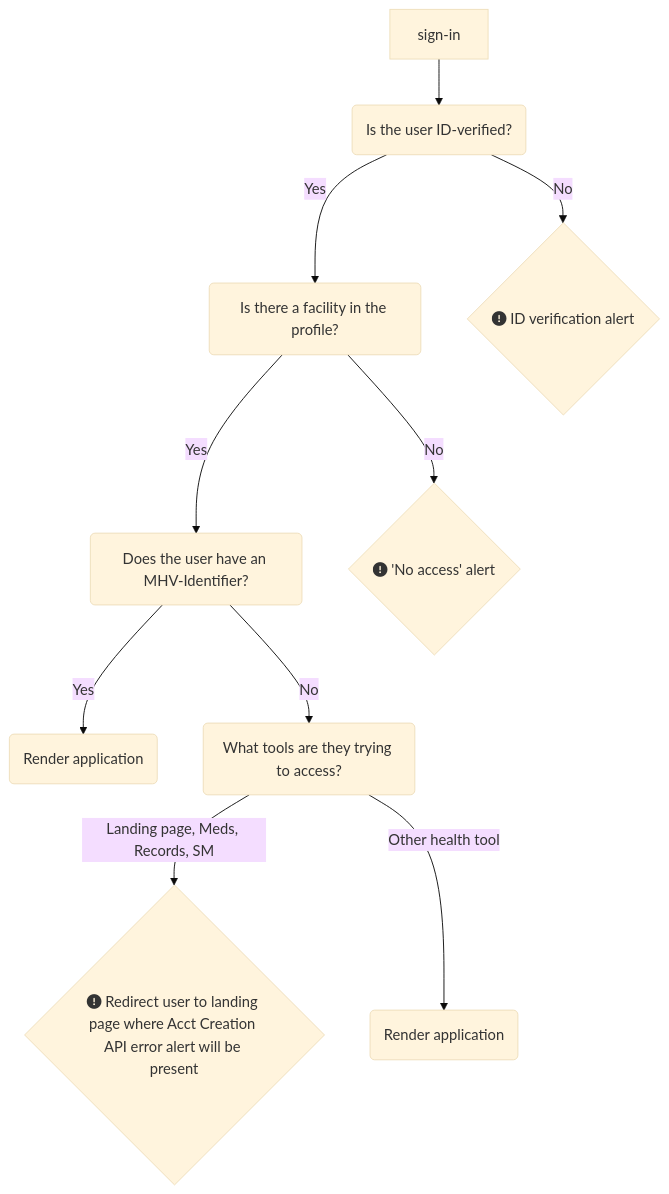
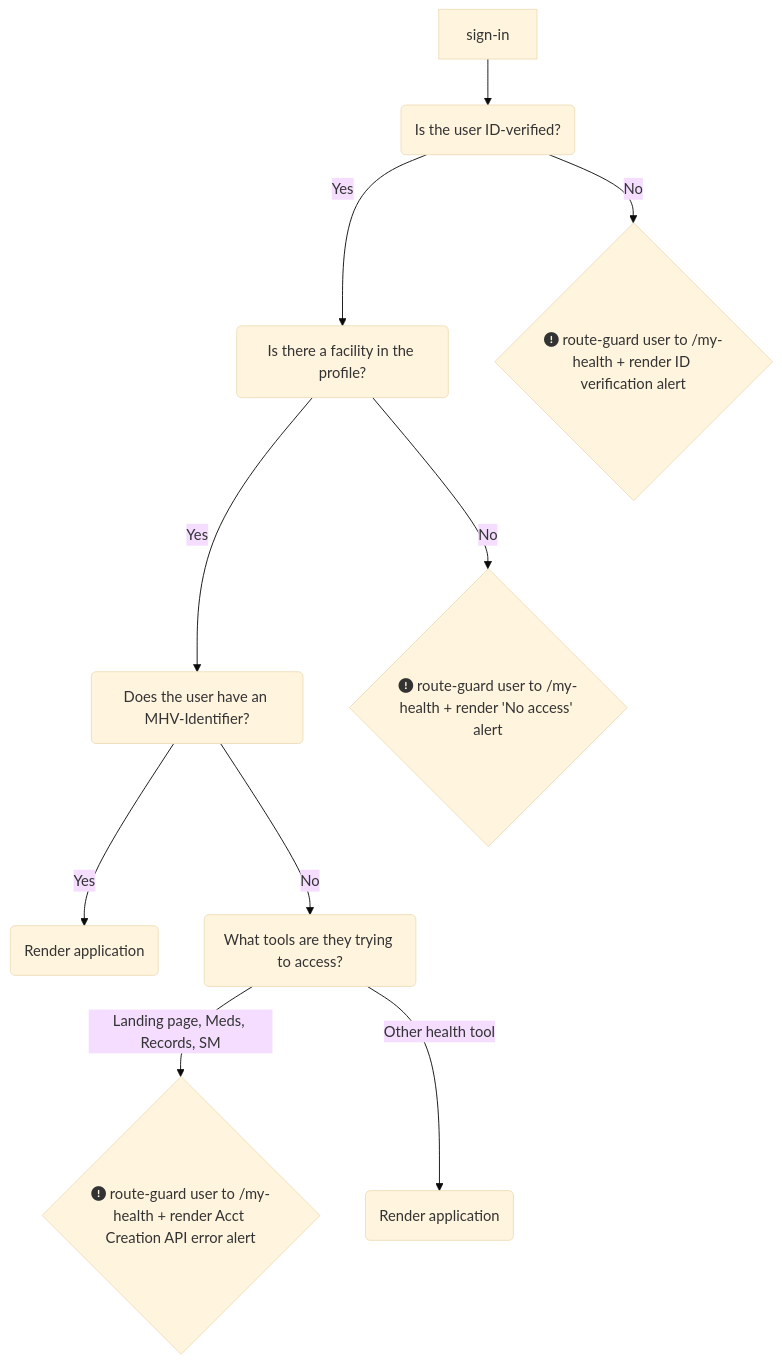
Before and after one commit to department-of-veterans-affairs/va.gov-team: the diagram in products/health-care/digital-health-modernization/mhv-to-va.gov/governance/alert-standardization.md, drawn with Mermaid (base theme). The commit also changed other lines of this file, not shown here.

````diff
--- a/products/health-care/digital-health-modernization/mhv-to-va.gov/governance/alert-standardization.md
+++ b/products/health-care/digital-health-modernization/mhv-to-va.gov/governance/alert-standardization.md
@@ -12,12 +12,12 @@
 ```mermaid
 flowchart TD
     A[sign-in] --> B(Is the user ID-verified?)
     B --> |Yes| C(Is there a facility in the profile?)
-    B --> |No| E{fa:fa-circle-exclamation ID verification alert}
+    B --> |No| E{fa:fa-circle-exclamation route-guard user to /my-health + render ID verification alert}
     C -->|Yes| D(Does the user have an MHV-Identifier?)
-    C -->|No| F{fa:fa-circle-exclamation 'No access' alert}
+    C -->|No| F{fa:fa-circle-exclamation route-guard user to /my-health + render 'No access' alert}
     D --> |Yes| G(Render application)
     D --> |No| H(What tools are they trying to access?)
-    H --> |Landing page, Meds, Records, SM| I{fa:fa-circle-exclamation Redirect user to landing page where Acct Creation API error alert will be present}
+    H --> |Landing page, Meds, Records, SM| I{fa:fa-circle-exclamation route-guard user to /my-health + render Acct Creation API error alert}
     H --> |Other health tool| J(Render application)
 ```
````
